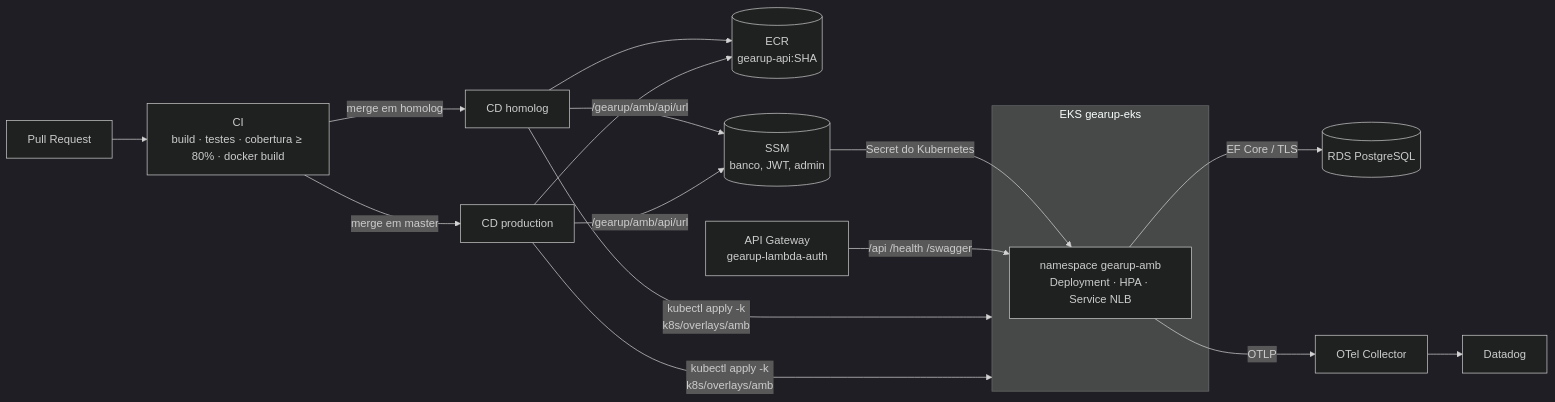
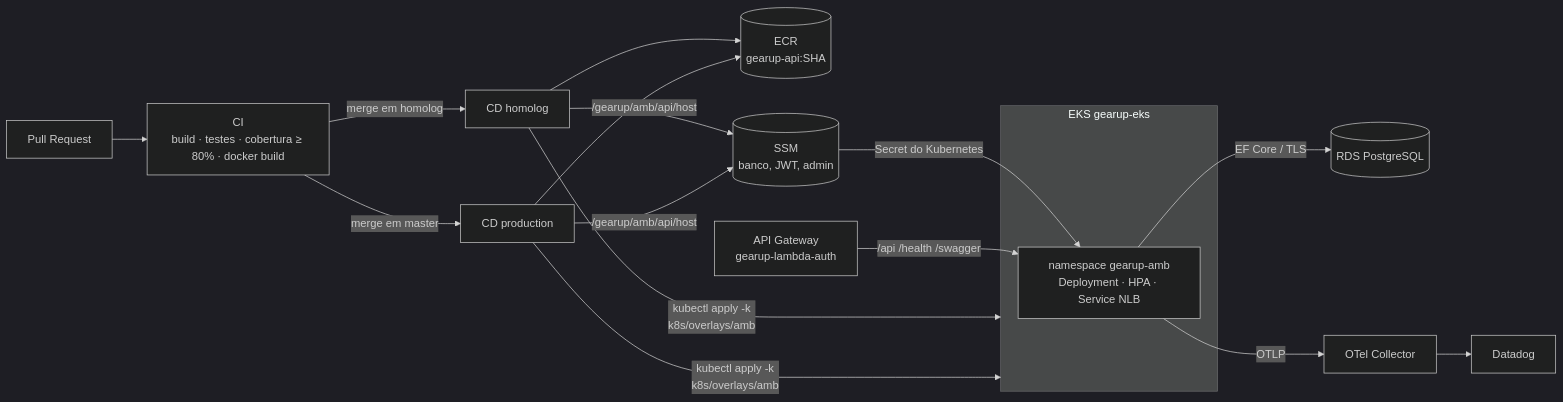
One commit to SOAT-GearUp/GearUp changed the diagram in README.md. Above: the diagram before and after it, drawn with Mermaid (dark theme). The commit also changed 3 other files, not shown here.

````diff
--- a/README.md
+++ b/README.md
@@ -18,18 +18,18 @@
 ```mermaid
 flowchart LR
     DEV[Pull Request] --> CI[CI<br/>build · testes · cobertura ≥ 80% · docker build]
     CI -->|merge em homolog| CDH[CD homolog]
     CI -->|merge em master| CDP[CD production]
     CDH & CDP --> ECR[(ECR<br/>gearup-api:SHA)]
     CDH & CDP -->|kubectl apply -k<br/>k8s/overlays/amb| EKS
 
     subgraph EKS[EKS gearup-eks]
         NS[namespace gearup-amb<br/>Deployment · HPA · Service NLB]
     end
 
     SSM[(SSM<br/>banco, JWT, admin)] -->|Secret do Kubernetes| NS
-    CDH & CDP -->|/gearup/amb/api/url| SSM
+    CDH & CDP -->|/gearup/amb/api/host| SSM
     GW[API Gateway<br/>gearup-lambda-auth] -->|/api /health /swagger| NS
     NS -->|EF Core / TLS| RDS[(RDS PostgreSQL)]
     NS -->|OTLP| OTEL[OTel Collector] --> DD[Datadog]
 ```
````
